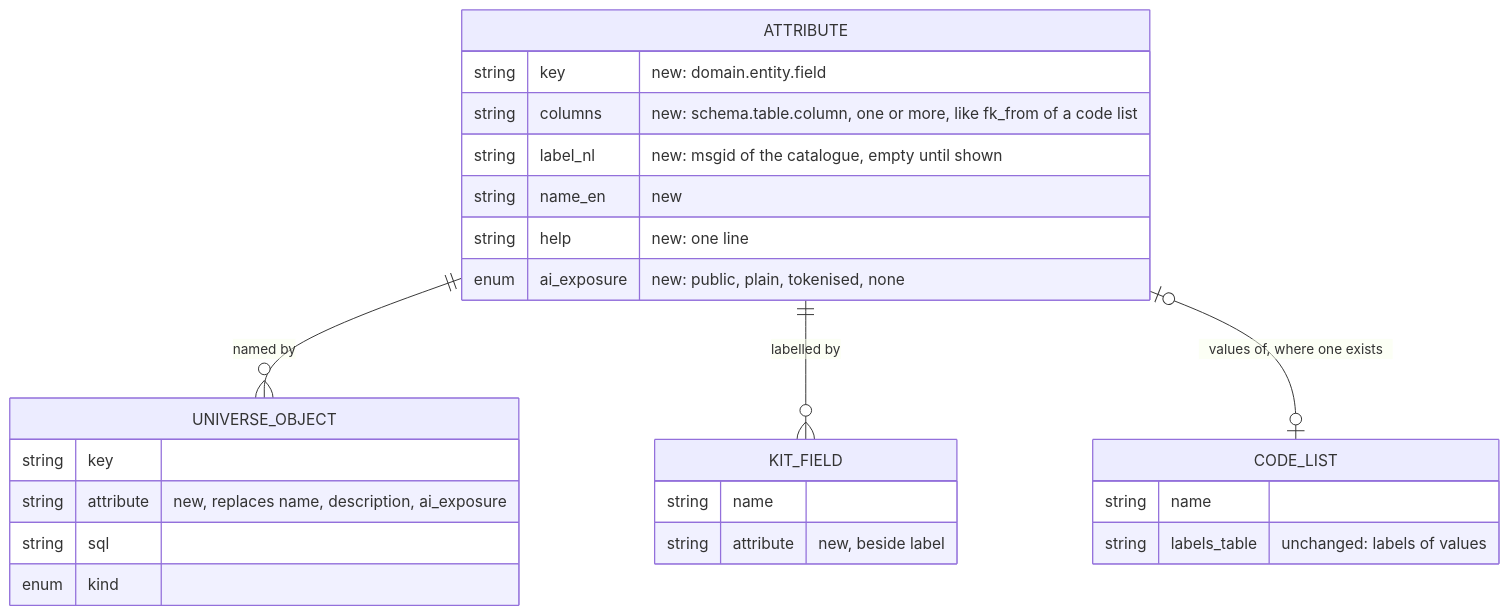
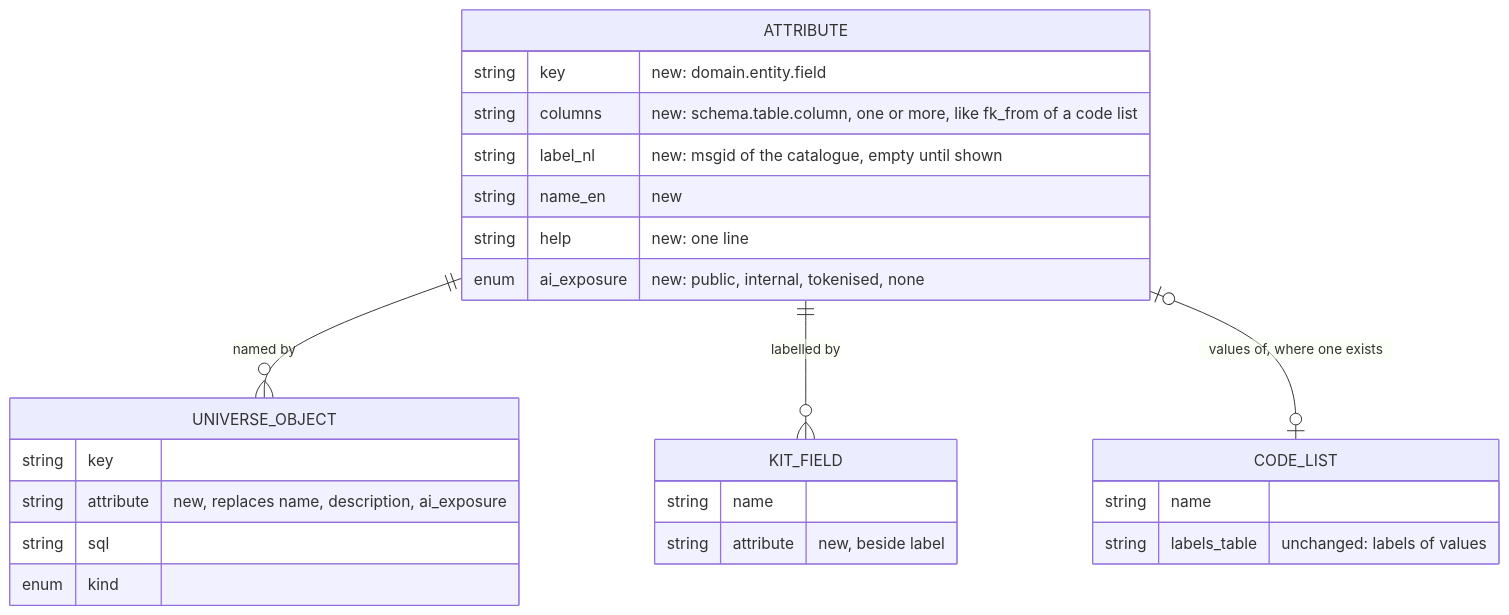
The fifth of 5 diagrams in docs/change_request_33_attribute_register.md (KoenRenders/KoenTest), drawn with Mermaid before and after one commit. The commit also changed other lines of this file, not shown here.

````diff
--- a/docs/change_request_33_attribute_register.md
+++ b/docs/change_request_33_attribute_register.md
@@ -277,28 +277,28 @@
 ```mermaid
 erDiagram
   ATTRIBUTE {
     string key "new: domain.entity.field"
     string columns "new: schema.table.column, one or more, like fk_from of a code list"
     string label_nl "new: msgid of the catalogue, empty until shown"
     string name_en "new"
     string help "new: one line"
-    enum ai_exposure "new: public, plain, tokenised, none"
+    enum ai_exposure "new: public, internal, tokenised, none"
   }
   UNIVERSE_OBJECT {
     string key
     string attribute "new, replaces name, description, ai_exposure"
     string sql
     enum kind
   }
   CODE_LIST {
     string name
     string labels_table "unchanged: labels of values"
   }
   KIT_FIELD {
     string name
     string attribute "new, beside label"
   }
   ATTRIBUTE ||--o{ UNIVERSE_OBJECT : "named by"
   ATTRIBUTE ||--o{ KIT_FIELD : "labelled by"
   ATTRIBUTE o|--o| CODE_LIST : "values of, where one exists"
 ```
````
